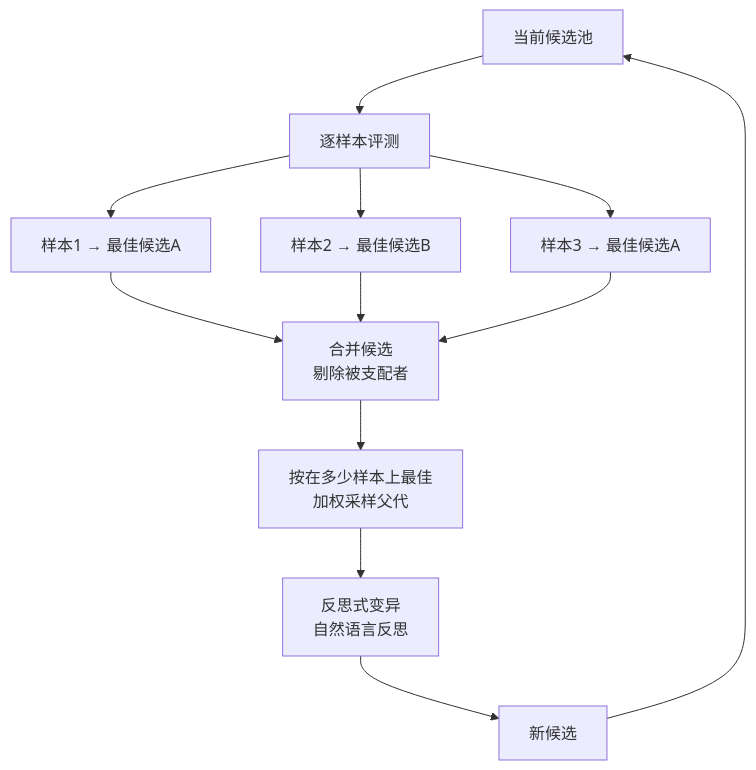
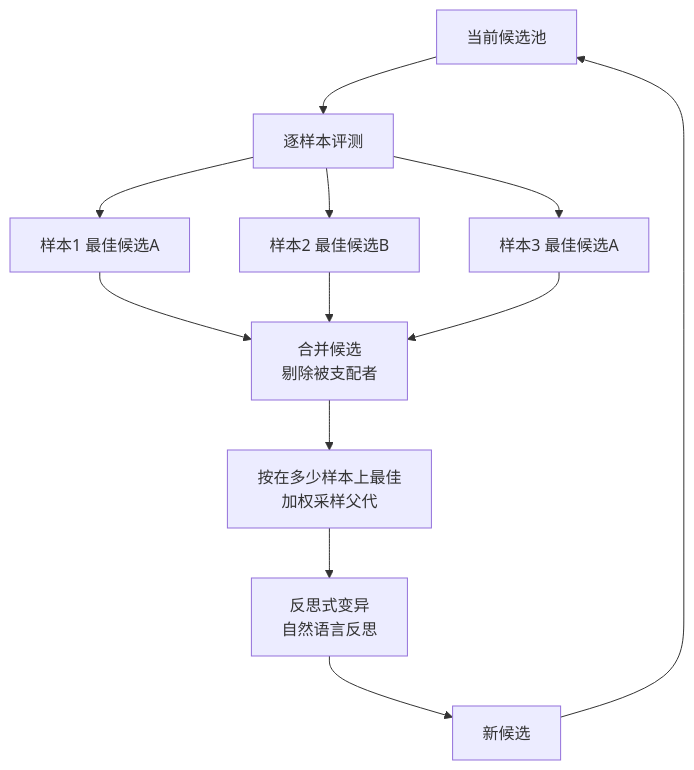
Before and after one commit to linlisWorkTeam/wpKnowledge: the diagram in knowledge/2.wiki/研究/反馈闭环/GEPA反思式提示词进化.md, drawn with Mermaid. The commit also changed other lines of this file and 4 other files, not shown here.

````diff
--- a/knowledge/2.wiki/研究/反馈闭环/GEPA反思式提示词进化.md
+++ b/knowledge/2.wiki/研究/反馈闭环/GEPA反思式提示词进化.md
@@ -41,14 +39,14 @@
 ```mermaid
 flowchart TD
     A[当前候选池] --> B[逐样本评测]
-    B --> C[样本1 → 最佳候选A]
-    B --> D[样本2 → 最佳候选B]
-    B --> E[样本3 → 最佳候选A]
+    B --> C[样本1 最佳候选A]
+    B --> D[样本2 最佳候选B]
+    B --> E[样本3 最佳候选A]
     C --> F[合并候选<br/>剔除被支配者]
     D --> F
     E --> F
     F --> G[按在多少样本上最佳<br/>加权采样父代]
     G --> H[反思式变异<br/>自然语言反思]
     H --> I[新候选]
     I --> A
 ```
````
